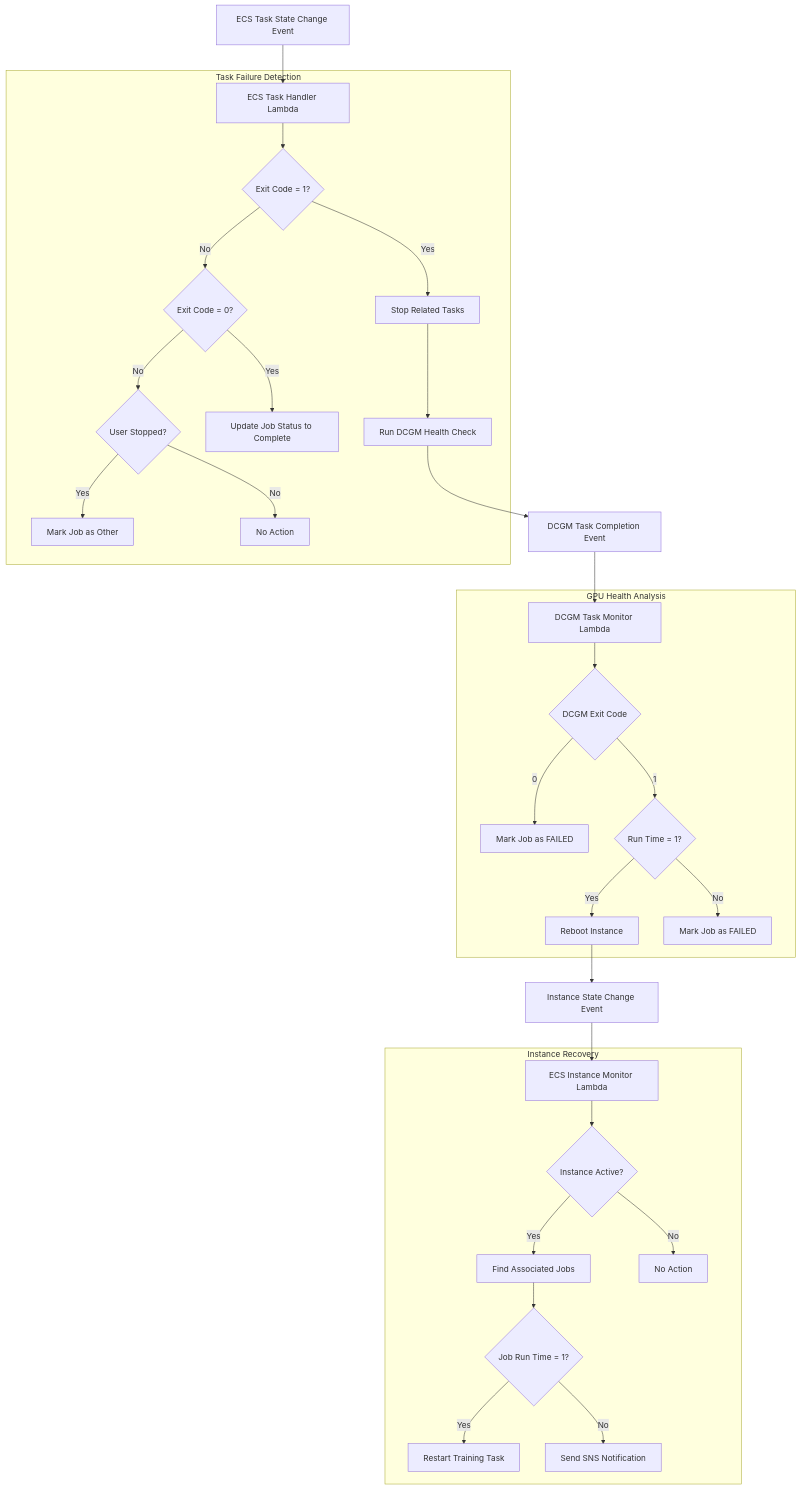
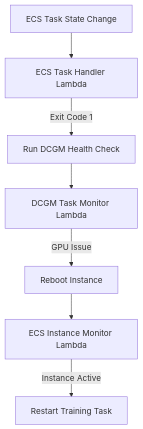
The diagram in README.md (yubingjiaocn/ecs-gpu-recovery), drawn with Mermaid before and after one commit. The commit also changed other lines of this file and 10 other files, not shown here.

````diff
--- a/README.md
+++ b/README.md
@@ -53,40 +20,9 @@
 ```mermaid
 flowchart TD
-    TaskEvent[ECS Task State Change Event] --> TaskHandler[ECS Task Handler Lambda]
-
-    subgraph "Task Failure Detection"
-        TaskHandler --> CheckExit{Exit Code = 1?}
-        CheckExit -->|Yes| StopTasks[Stop Related Tasks]
-        StopTasks --> RunDCGM[Run DCGM Health Check]
-        CheckExit -->|No| CheckExit0{Exit Code = 0?}
-        CheckExit0 -->|Yes| UpdateComplete[Update Job Status to Complete]
-        CheckExit0 -->|No| CheckUserStopped{User Stopped?}
-        CheckUserStopped -->|Yes| MarkOther[Mark Job as Other]
-        CheckUserStopped -->|No| NoAction1[No Action]
-    end
-
-    RunDCGM --> DCGMEvent[DCGM Task Completion Event]
-
-    DCGMEvent --> DCGMMonitor[DCGM Task Monitor Lambda]
-
-    subgraph "GPU Health Analysis"
-        DCGMMonitor --> CheckDCGM{DCGM Exit Code}
-        CheckDCGM -->|0| MarkFailed[Mark Job as FAILED]
-        CheckDCGM -->|1| CheckRunTime{Run Time = 1?}
-        CheckRunTime -->|Yes| RebootInstance[Reboot Instance]
-        CheckRunTime -->|No| MarkJobFailed[Mark Job as FAILED]
-    end
-
-    RebootInstance --> InstanceEvent[Instance State Change Event]
-
-    InstanceEvent --> InstanceMonitor[ECS Instance Monitor Lambda]
-
-    subgraph "Instance Recovery"
-        InstanceMonitor --> CheckActive{Instance Active?}
-        CheckActive -->|Yes| FindJobs[Find Associated Jobs]
-        CheckActive -->|No| NoAction2[No Action]
-        FindJobs --> CheckJobRunTime{Job Run Time = 1?}
-        CheckJobRunTime -->|Yes| RestartTask[Restart Training Task]
-        CheckJobRunTime -->|No| SendNotif[Send SNS Notification]
-    end
+    TaskEvent[ECS Task State Change] --> TaskHandler[ECS Task Handler Lambda]
+    TaskHandler --> |Exit Code 1| RunDCGM[Run DCGM Health Check]
+    RunDCGM --> DCGMMonitor[DCGM Task Monitor Lambda]
+    DCGMMonitor --> |GPU Issue| RebootInstance[Reboot Instance]
+    RebootInstance --> InstanceMonitor[ECS Instance Monitor Lambda]
+    InstanceMonitor --> |Instance Active| RestartTask[Restart Training Task]
 ```
````
